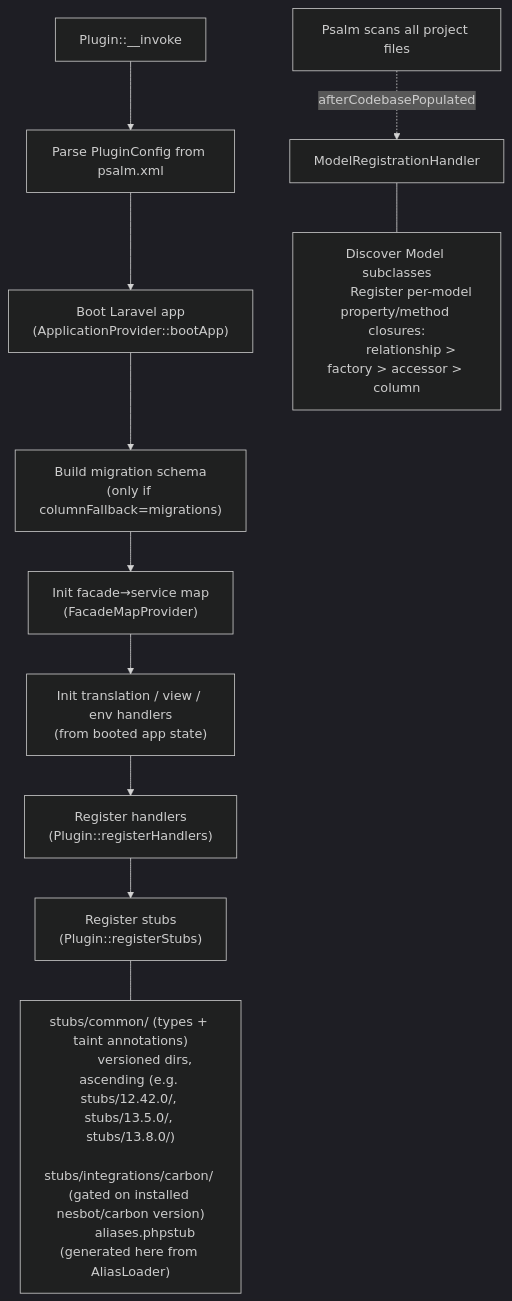
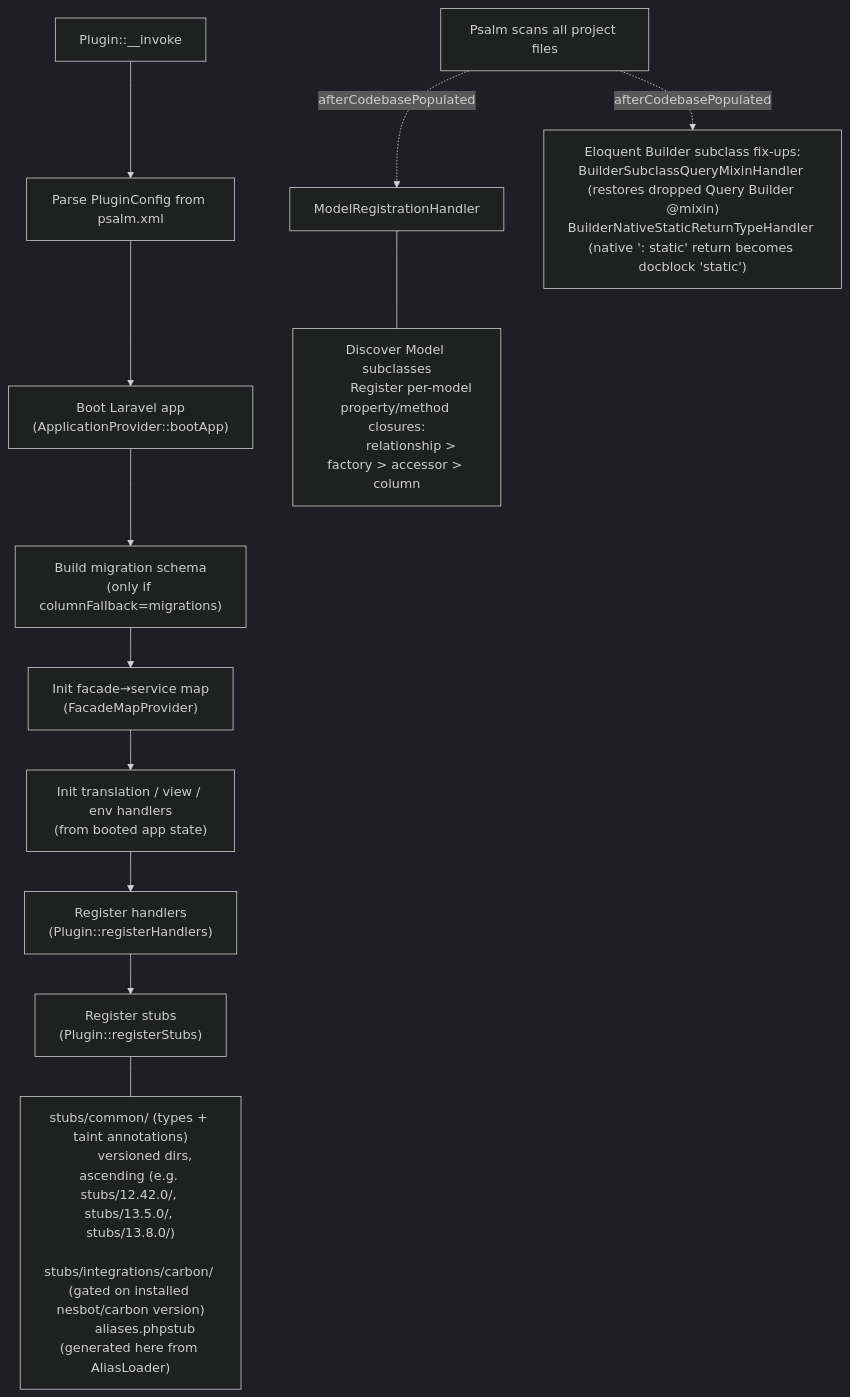
One commit to psalm/psalm-plugin-laravel changed the first of 2 diagrams in docs/contributing/README.md. Above: the diagram before and after it, drawn with Mermaid (dark theme). The commit also changed 11 other files, not shown here.

First line of the commit message:
fix(eloquent): keep custom builder subclass through static chain #1216

````diff
--- a/docs/contributing/README.md
+++ b/docs/contributing/README.md
@@ -19,24 +19,25 @@
 ```mermaid
 flowchart TD
     A["Plugin::__invoke"] --> B["Parse PluginConfig from psalm.xml"]
     B --> C["Boot Laravel app\n(ApplicationProvider::bootApp)"]
     C --> D["Build migration schema\n(only if columnFallback=migrations)"]
     D --> E["Init facade→service map\n(FacadeMapProvider)"]
     E --> F["Init translation / view / env handlers\n(from booted app state)"]
     F --> G["Register handlers\n(Plugin::registerHandlers)"]
     G --> H["Register stubs\n(Plugin::registerStubs)"]
 
     H --- stubs["
         stubs/common/ (types + taint annotations)
         versioned dirs, ascending (e.g. stubs/12.42.0/, stubs/13.5.0/, stubs/13.8.0/)
         stubs/integrations/carbon/ (gated on installed nesbot/carbon version)
         aliases.phpstub (generated here from AliasLoader)
     "]
 
     I["Psalm scans all project files"] -.->|afterCodebasePopulated| J["ModelRegistrationHandler"]
+    I -.->|afterCodebasePopulated| K["Eloquent Builder subclass fix-ups:\nBuilderSubclassQueryMixinHandler (restores dropped Query Builder @mixin)\nBuilderNativeStaticReturnTypeHandler (native ': static' return becomes docblock 'static')"]
     J --- models["
         Discover Model subclasses
         Register per-model property/method closures:
         relationship > factory > accessor > column
     "]
 ```
````
